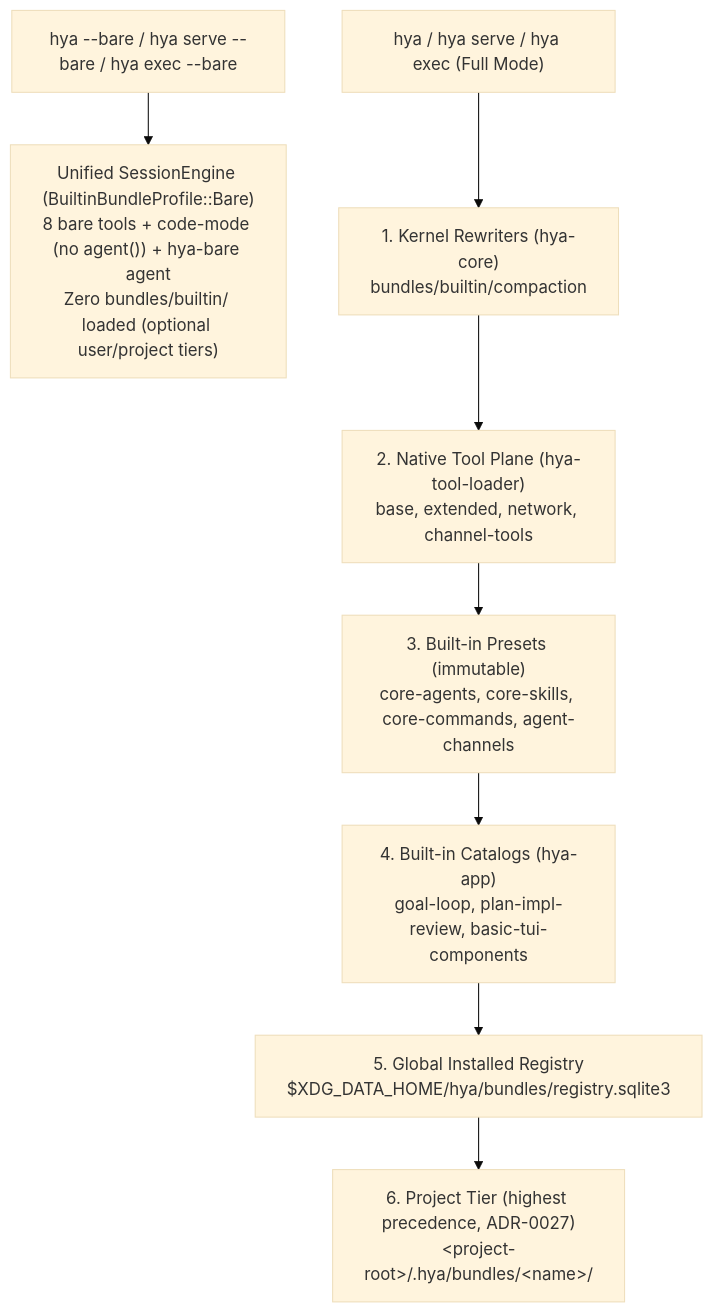
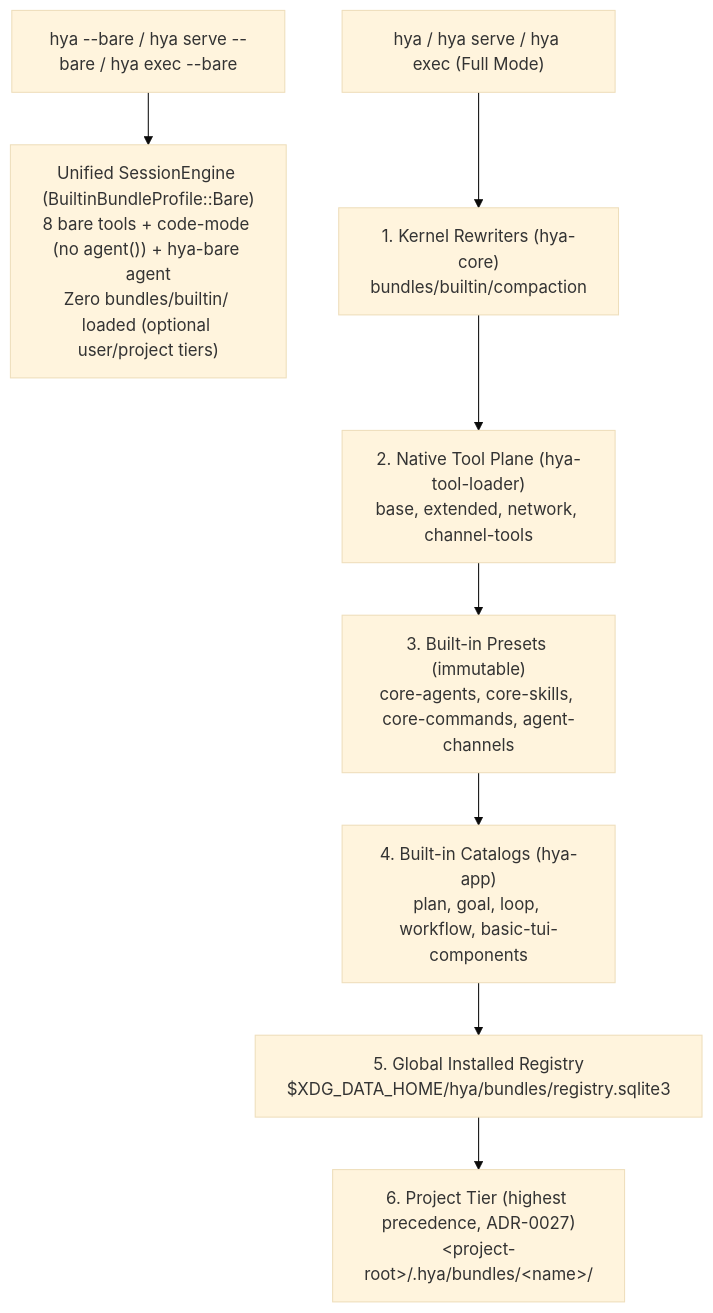
One commit to anyin233/hya changed the diagram in docs/extend/hyabundle-spec.md. Above: the diagram before and after it, drawn with Mermaid (base theme). The commit also changed other lines of this file and 97 other files, not shown here.

Commit message:
feat(bundle): extract hya/workflow native bundle with DAG runtime and BundleApi

````diff
--- a/docs/extend/hyabundle-spec.md
+++ b/docs/extend/hyabundle-spec.md
@@ -476,11 +476,11 @@
 ```mermaid
 flowchart TD
     Bare["hya --bare / hya serve --bare / hya exec --bare"] --> BareProfile["Unified SessionEngine (BuiltinBundleProfile::Bare)<br/>8 bare tools + code-mode (no agent()) + hya-bare agent<br/>Zero bundles/builtin/ loaded (optional user/project tiers)"]
 
     Full["hya / hya serve / hya exec (Full Mode)"] --> L1["1. Kernel Rewriters (hya-core)<br/>bundles/builtin/compaction"]
     L1 --> L2["2. Native Tool Plane (hya-tool-loader)<br/>base, extended, network, channel-tools"]
     L2 --> L3["3. Built-in Presets (immutable)<br/>core-agents, core-skills, core-commands, agent-channels"]
-    L3 --> L4["4. Built-in Catalogs (hya-app)<br/>goal-loop, plan-impl-review, basic-tui-components"]
+    L3 --> L4["4. Built-in Catalogs (hya-app)<br/>plan, goal, loop, workflow, basic-tui-components"]
     L4 --> L5["5. Global Installed Registry<br/>$XDG_DATA_HOME/hya/bundles/registry.sqlite3"]
     L5 --> L6["6. Project Tier (highest precedence, ADR-0027)<br/>&lt;project-root&gt;/.hya/bundles/&lt;name&gt;/"]
 ```
````
